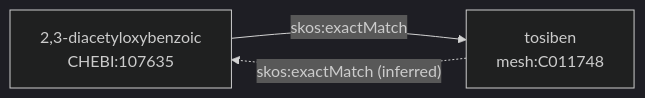
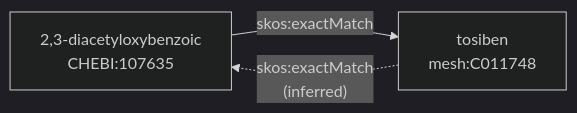
The first of 2 diagrams in README.md (biopragmatics/semra), drawn with Mermaid (dark theme) before and after one commit. The commit also changed other lines of this file, not shown here.

````diff
--- a/README.md
+++ b/README.md
@@ -115,5 +119,5 @@
 ```mermaid
 graph LR
     A[2,3-diacetyloxybenzoic<br/>CHEBI:107635] -- skos:exactMatch --> B[tosiben<br/>mesh:C011748]
-    B -. "skos:exactMatch (inferred)" .-> A
+    B -. "skos:exactMatch<br/>(inferred)" .-> A
 ```
````
